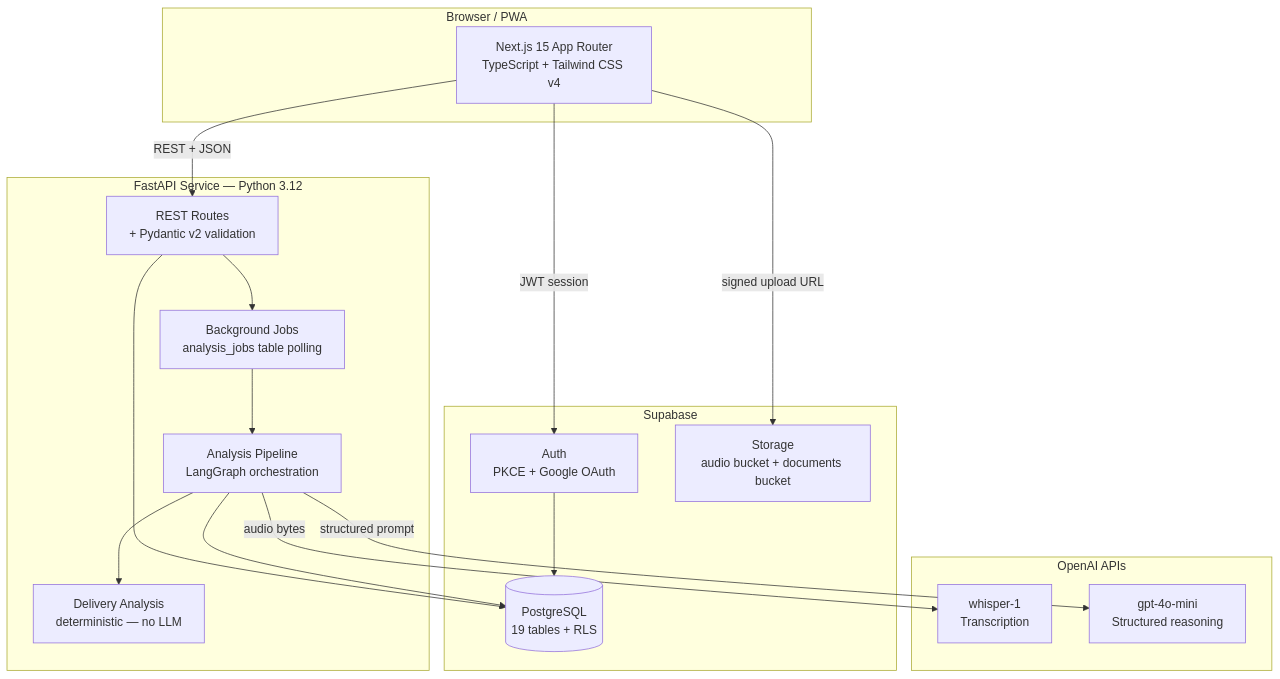
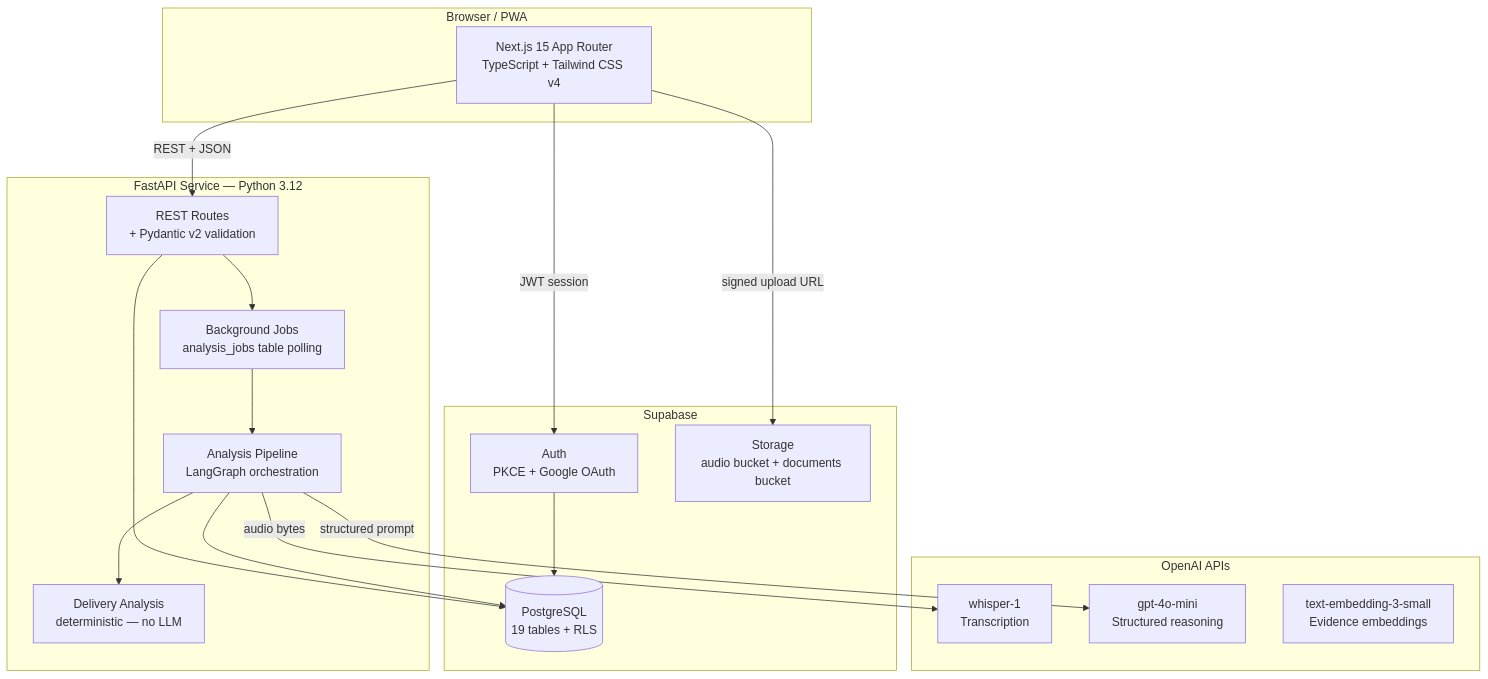
Before and after one commit to yashnil/RoundLab: the first of 3 diagrams in README.md, drawn with Mermaid. The commit also changed other lines of this file, not shown here.

Commit message:
Update README with Evidence RAG documentation

````diff
--- a/README.md
+++ b/README.md
@@ -102,33 +103,34 @@
 ```mermaid
 graph TB
     subgraph Browser["Browser / PWA"]
         FE["Next.js 15 App Router\nTypeScript + Tailwind CSS v4"]
     end
     subgraph APILayer["FastAPI Service — Python 3.12"]
         ROUTER["REST Routes\n+ Pydantic v2 validation"]
         JOBS["Background Jobs\nanalysis_jobs table polling"]
         PIPELINE["Analysis Pipeline\nLangGraph orchestration"]
         DELIVERY["Delivery Analysis\ndeterministic — no LLM"]
     end
     subgraph SupabaseCluster["Supabase"]
         AUTH["Auth\nPKCE + Google OAuth"]
         DB[("PostgreSQL\n19 tables + RLS")]
         STORE["Storage\naudio bucket + documents bucket"]
     end
     subgraph OpenAI["OpenAI APIs"]
         WHISPER["whisper-1\nTranscription"]
         GPT["gpt-4o-mini\nStructured reasoning"]
+        EMBED["text-embedding-3-small\nEvidence embeddings"]
     end
 
     FE -->|"JWT session"| AUTH
     FE -->|"REST + JSON"| ROUTER
     FE -->|"signed upload URL"| STORE
     ROUTER --> DB
     ROUTER --> JOBS
     JOBS --> PIPELINE
     PIPELINE -->|"audio bytes"| WHISPER
     PIPELINE -->|"structured prompt"| GPT
     PIPELINE --> DELIVERY
     PIPELINE --> DB
     AUTH --> DB
 ```
````
